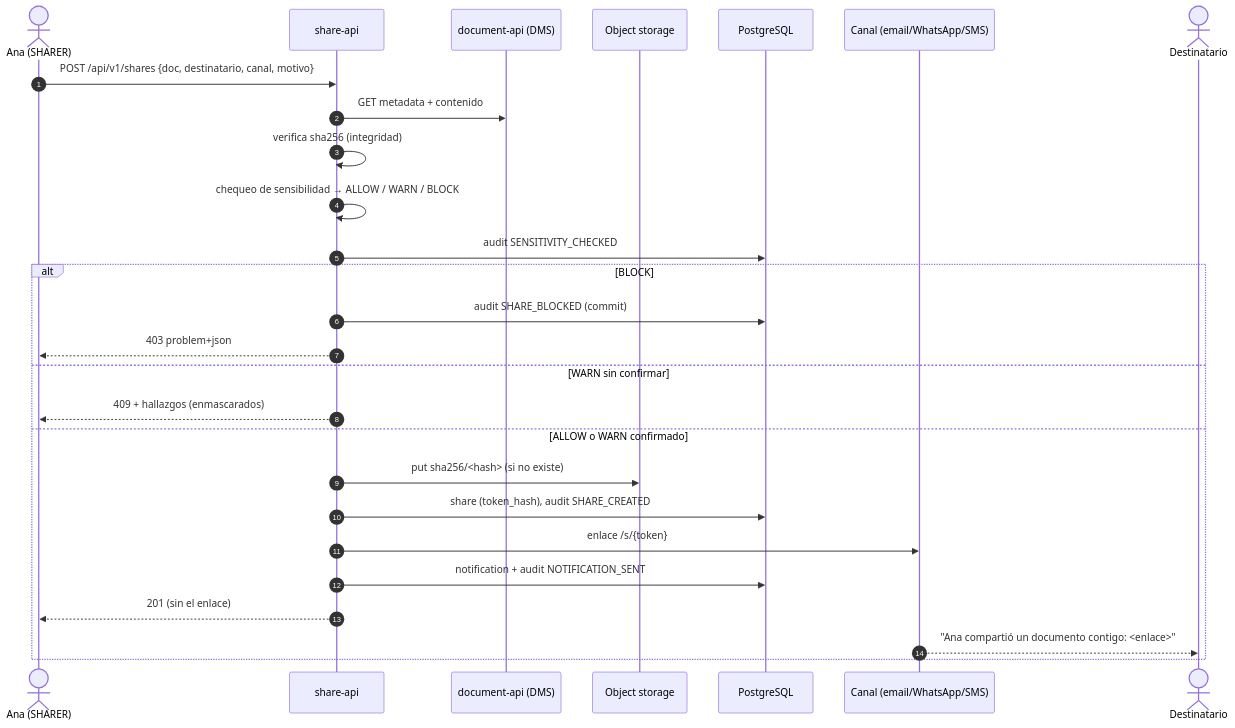
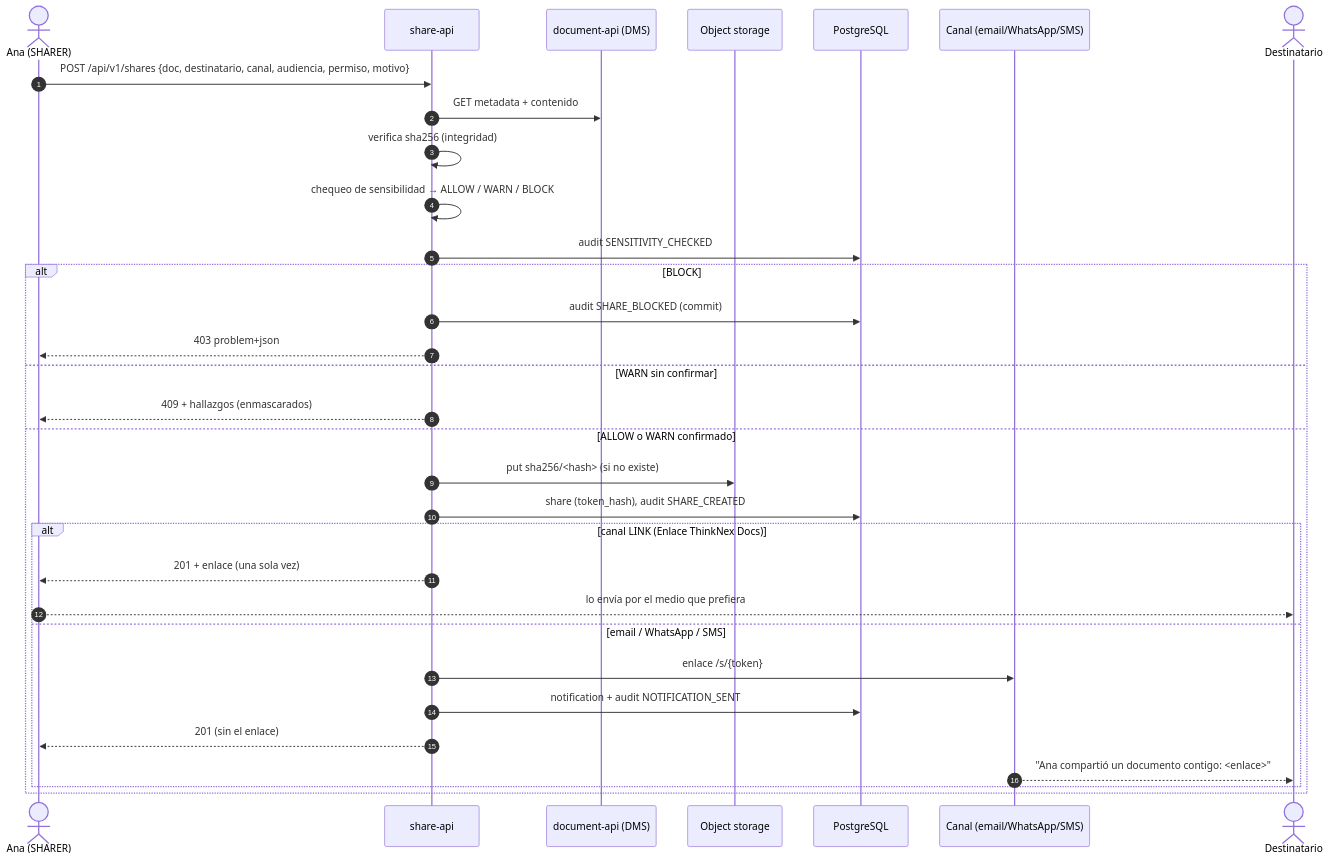
Before and after one commit to samilr/thinknex-docshare: the second of 3 diagrams in docs/02-diseno.md, drawn with Mermaid. The commit also changed other lines of this file and 5 other files, not shown here.

````diff
--- a/docs/02-diseno.md
+++ b/docs/02-diseno.md
@@ -62,30 +62,35 @@
 ```mermaid
 sequenceDiagram
     autonumber
     actor A as Ana (SHARER)
     participant S as share-api
     participant D as document-api (DMS)
     participant O as Object storage
     participant DB as PostgreSQL
     participant C as Canal (email/WhatsApp/SMS)
     actor P as Destinatario
 
-    A->>S: POST /api/v1/shares {doc, destinatario, canal, motivo}
+    A->>S: POST /api/v1/shares {doc, destinatario, canal, audiencia, permiso, motivo}
     S->>D: GET metadata + contenido
     S->>S: verifica sha256 (integridad)
     S->>S: chequeo de sensibilidad → ALLOW / WARN / BLOCK
     S->>DB: audit SENSITIVITY_CHECKED
     alt BLOCK
         S->>DB: audit SHARE_BLOCKED (commit)
         S-->>A: 403 problem+json
     else WARN sin confirmar
         S-->>A: 409 + hallazgos (enmascarados)
     else ALLOW o WARN confirmado
         S->>O: put sha256/<hash> (si no existe)
         S->>DB: share (token_hash), audit SHARE_CREATED
-        S->>C: enlace /s/{token}
-        S->>DB: notification + audit NOTIFICATION_SENT
-        S-->>A: 201 (sin el enlace)
-        C-->>P: "Ana compartió un documento contigo: <enlace>"
+        alt canal LINK (Enlace ThinkNex Docs)
+            S-->>A: 201 + enlace (una sola vez)
+            A-->>P: lo envía por el medio que prefiera
+        else email / WhatsApp / SMS
+            S->>C: enlace /s/{token}
+            S->>DB: notification + audit NOTIFICATION_SENT
+            S-->>A: 201 (sin el enlace)
+            C-->>P: "Ana compartió un documento contigo: <enlace>"
+        end
     end
 ```
````
